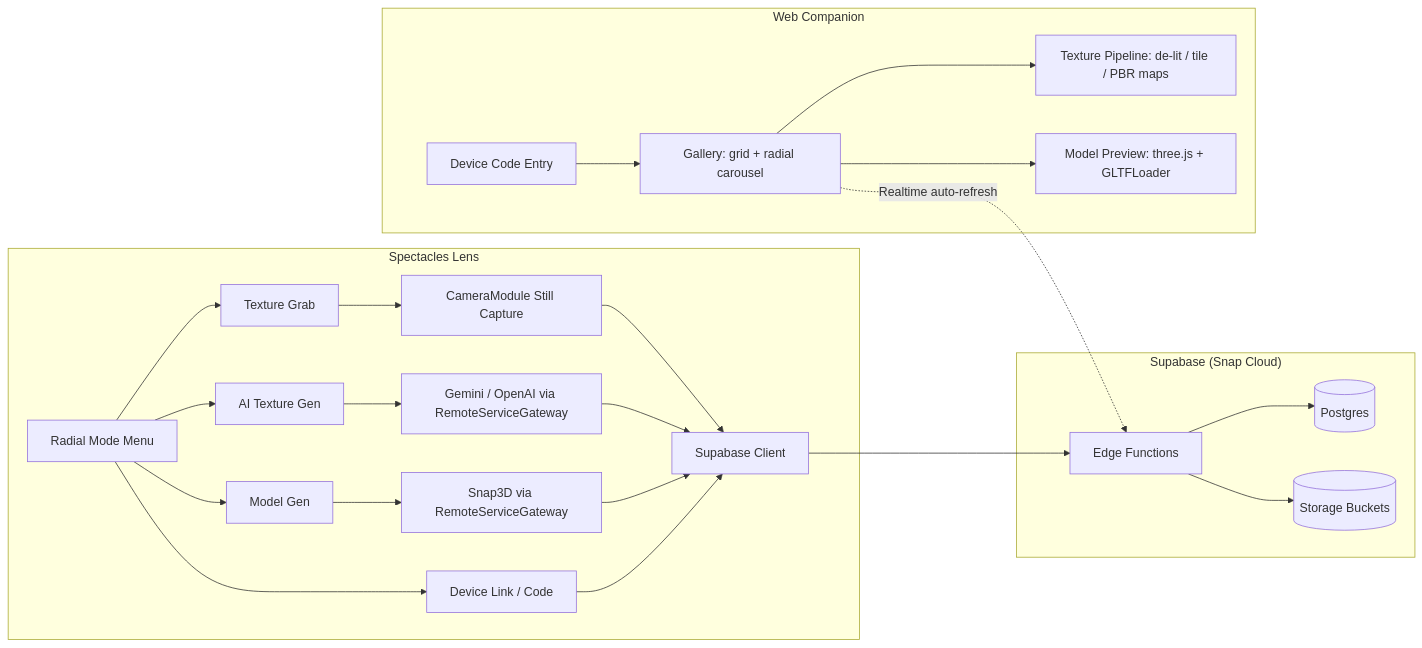
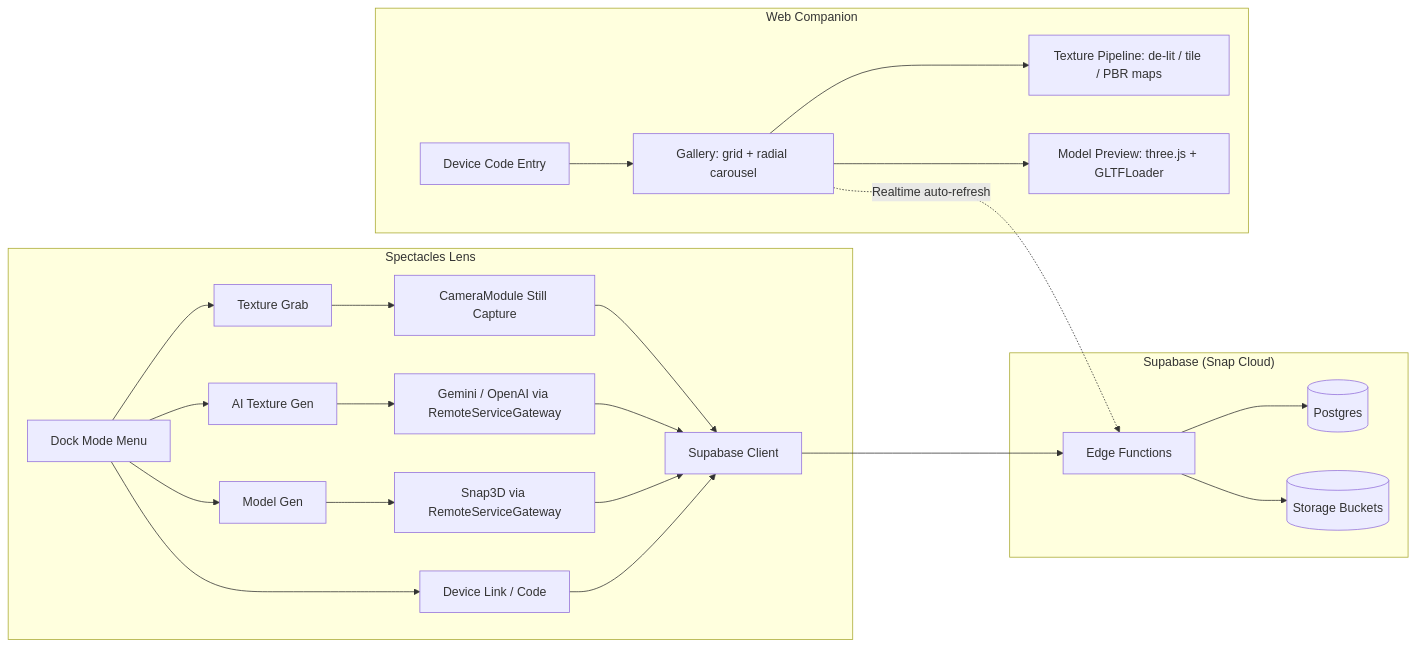
Before and after one commit to anothervivek/Asset-Forge: the diagram in README.md, drawn with Mermaid. The commit also changed other lines of this file, not shown here.

Commit message:
docs: fix mode menu name, note capture limitation, link live web companion

````diff
--- a/README.md
+++ b/README.md
@@ -46,29 +48,29 @@
 ```mermaid
 flowchart LR
   subgraph Lens["Spectacles Lens"]
-    A[Radial Mode Menu] --> B[Texture Grab]
+    A[Dock Mode Menu] --> B[Texture Grab]
     A --> C[AI Texture Gen]
     A --> D[Model Gen]
     A --> E[Device Link / Code]
     B --> F[CameraModule Still Capture]
     C --> G[Gemini / OpenAI via RemoteServiceGateway]
     D --> H[Snap3D via RemoteServiceGateway]
     F --> I[Supabase Client]
     G --> I
     H --> I
     E --> I
   end
 
   subgraph Backend["Supabase (Snap Cloud)"]
     I --> J[Edge Functions]
     J --> K[(Postgres)]
     J --> L[(Storage Buckets)]
   end
 
   subgraph Web["Web Companion"]
     M[Device Code Entry] --> N[Gallery: grid + radial carousel]
     N --> O[Texture Pipeline: de-lit / tile / PBR maps]
     N --> P[Model Preview: three.js + GLTFLoader]
     N -.Realtime auto-refresh.-> J
   end
 ```
````
